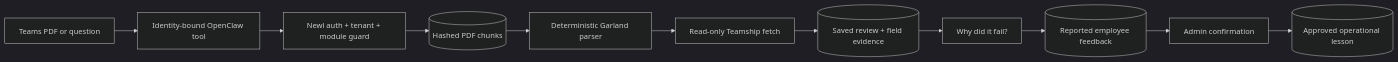
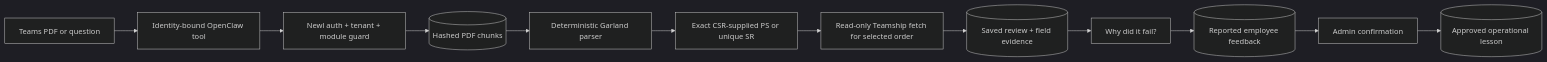
Before and after one commit to newell29/newl-apps: the diagram in docs/modules/shipment-documents/workflow.md, drawn with Mermaid (dark theme). The commit also changed other lines of this file and 17 other files, not shown here.

````diff
--- a/docs/modules/shipment-documents/workflow.md
+++ b/docs/modules/shipment-documents/workflow.md
@@ -25,13 +26,14 @@
 ```mermaid
 flowchart LR
   Teams[Teams PDF or question] --> OpenClaw[Identity-bound OpenClaw tool]
   OpenClaw --> Auth[Newl auth + tenant + module guard]
   Auth --> Artifact[(Hashed PDF chunks)]
   Artifact --> Parse[Deterministic Garland parser]
-  Parse --> Read[Read-only Teamship fetch]
+  Parse --> Select[Exact CSR-supplied PS or unique SR]
+  Select --> Read[Read-only Teamship fetch for selected order]
   Read --> Review[(Saved review + field evidence)]
   Review --> Explain[Why did it fail?]
   Explain --> Feedback[(Reported employee feedback)]
   Feedback --> Approval[Admin confirmation]
   Approval --> Memory[(Approved operational lesson)]
 ```
````
